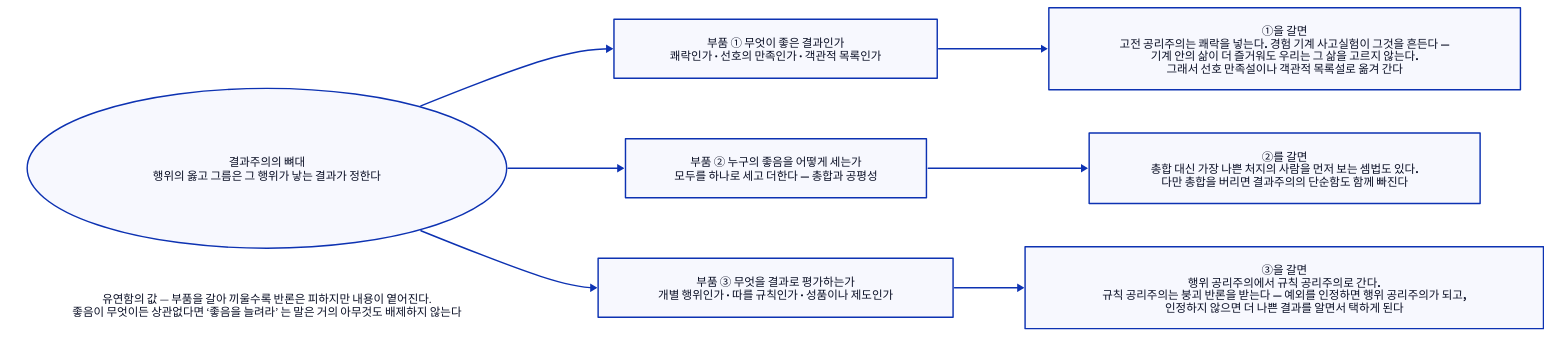
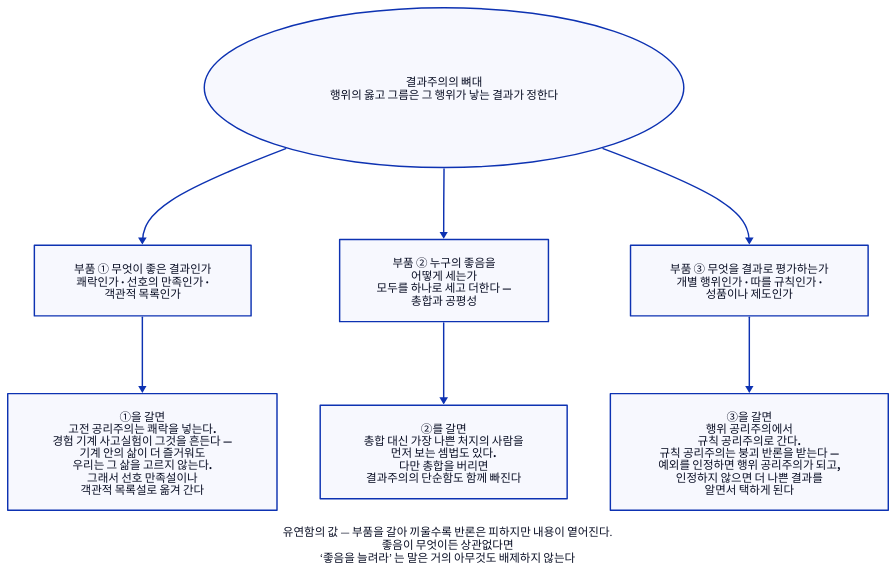
One commit to Dong-gi/Dong-gi.github.io changed the diagram in d2/philosophy/phi-e-cons-parts.d2. Above: the diagram before and after it, drawn with D2. The commit also changed 295 other files, not shown here.

```diff
--- a/d2/philosophy/phi-e-cons-parts.d2
+++ b/d2/philosophy/phi-e-cons-parts.d2
@@ -1,38 +1,39 @@
 # 결과주의를 세 부품으로 뜯는다 — 철학 18장.
 #
 # 무엇을 읽어야 하나: 결과주의는 한 이론이 아니라 부품 조합이다.
 # 반론이 들어오면 부품 하나를 갈아 끼워 대응한다. 그 유연함이 강점이자 약점이다.
-direction: right
+direction: down
 
 핵: {
   label: "결과주의의 뼈대\n행위의 옳고 그름은 그 행위가 낳는 결과가 정한다"
   shape: oval
   style.bold: true
 }
 
-부품1: { label: "부품 ① 무엇이 좋은 결과인가\n쾌락인가 · 선호의 만족인가 · 객관적 목록인가"; style.bold: true }
-부품2: { label: "부품 ② 누구의 좋음을 어떻게 세는가\n모두를 하나로 세고 더한다 — 총합과 공평성"; style.bold: true }
-부품3: { label: "부품 ③ 무엇을 결과로 평가하는가\n개별 행위인가 · 따를 규칙인가 · 성품이나 제도인가"; style.bold: true }
+부품1: { label: "부품 ① 무엇이 좋은 결과인가\n쾌락인가 · 선호의 만족인가 ·\n객관적 목록인가"; style.bold: true }
+부품2: { label: "부품 ② 누구의 좋음을\n어떻게 세는가\n모두를 하나로 세고 더한다 —\n총합과 공평성"; style.bold: true }
+부품3: { label: "부품 ③ 무엇을 결과로 평가하는가\n개별 행위인가 · 따를 규칙인가 ·\n성품이나 제도인가"; style.bold: true }
 
 핵 -> 부품1
 핵 -> 부품2
 핵 -> 부품3
 
 변1: {
-  label: "①을 갈면\n고전 공리주의는 쾌락을 넣는다. 경험 기계 사고실험이 그것을 흔든다 —\n기계 안의 삶이 더 즐거워도 우리는 그 삶을 고르지 않는다.\n그래서 선호 만족설이나 객관적 목록설로 옮겨 간다"
+  label: "①을 갈면\n고전 공리주의는 쾌락을 넣는다.\n경험 기계 사고실험이 그것을 흔든다 —\n기계 안의 삶이 더 즐거워도\n우리는 그 삶을 고르지 않는다.\n그래서 선호 만족설이나\n객관적 목록설로 옮겨 간다"
 }
 변2: {
-  label: "②를 갈면\n총합 대신 가장 나쁜 처지의 사람을 먼저 보는 셈법도 있다.\n다만 총합을 버리면 결과주의의 단순함도 함께 빠진다"
+  label: "②를 갈면\n총합 대신 가장 나쁜 처지의 사람을\n먼저 보는 셈법도 있다.\n다만 총합을 버리면\n결과주의의 단순함도 함께 빠진다"
 }
 변3: {
-  label: "③을 갈면\n행위 공리주의에서 규칙 공리주의로 간다.\n규칙 공리주의는 붕괴 반론을 받는다 — 예외를 인정하면 행위 공리주의가 되고,\n인정하지 않으면 더 나쁜 결과를 알면서 택하게 된다"
+  label: "③을 갈면\n행위 공리주의에서\n규칙 공리주의로 간다.\n규칙 공리주의는 붕괴 반론을 받는다 —\n예외를 인정하면 행위 공리주의가 되고,\n인정하지 않으면 더 나쁜 결과를\n알면서 택하게 된다"
 }
 
 부품1 -> 변1
 부품2 -> 변2
 부품3 -> 변3
 
 평가: {
-  label: "유연함의 값 — 부품을 갈아 끼울수록 반론은 피하지만 내용이 옅어진다.\n좋음이 무엇이든 상관없다면 ‘좋음을 늘려라’ 는 말은 거의 아무것도 배제하지 않는다"
+  label: "유연함의 값 — 부품을 갈아 끼울수록 반론은 피하지만 내용이 옅어진다.\n좋음이 무엇이든 상관없다면\n‘좋음을 늘려라’ 는 말은 거의 아무것도 배제하지 않는다"
   shape: text
+  near: bottom-center
 }
```
